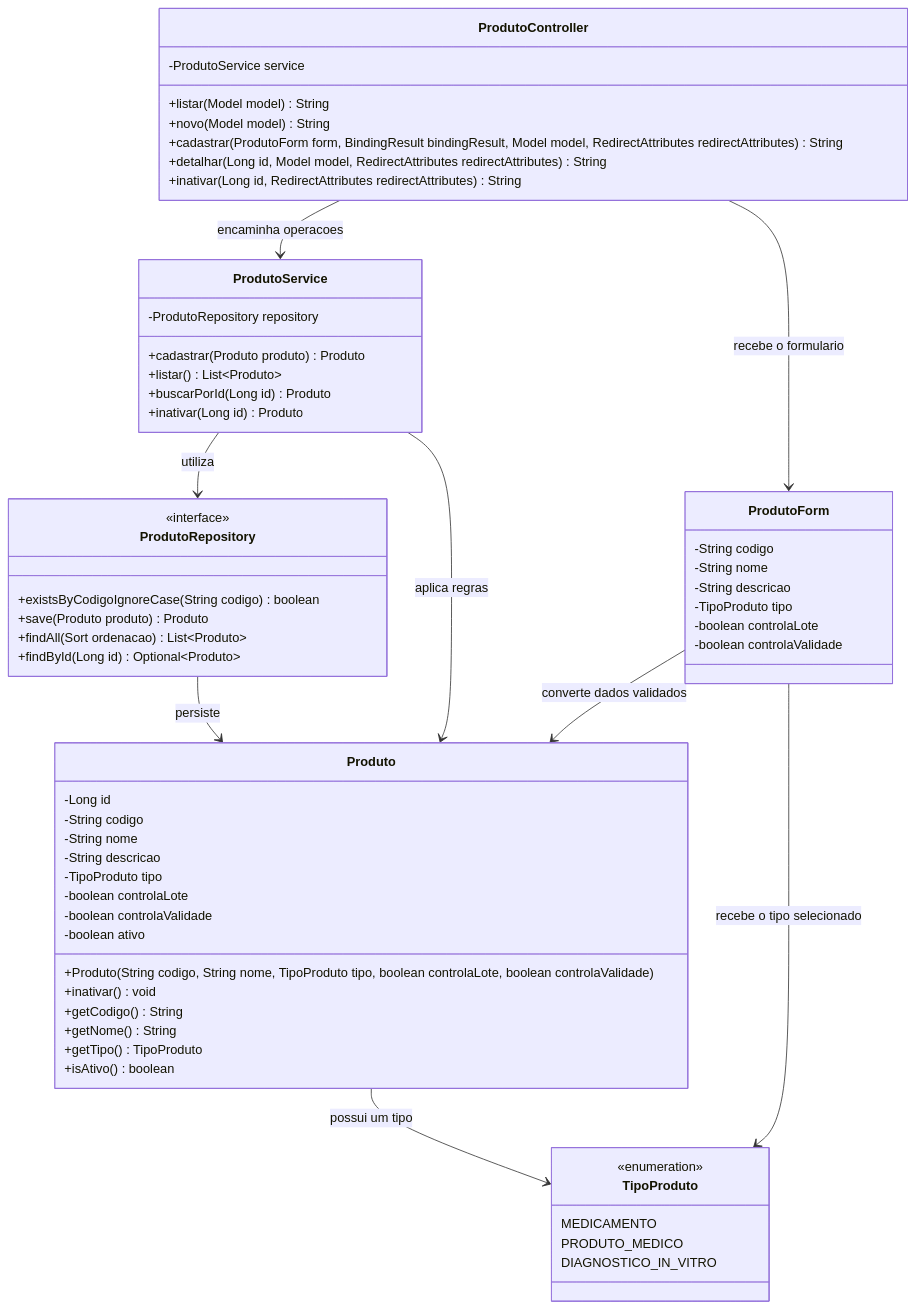
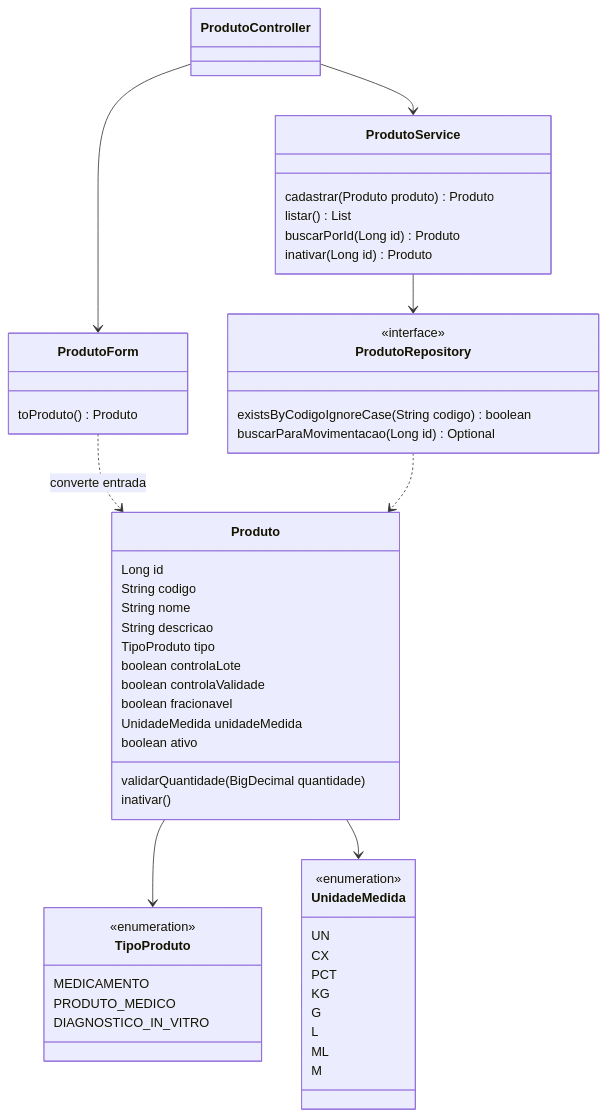
One commit to VictorBlesser/sistema-rastreabilidade changed the first of 2 diagrams in docs/requisitos/02-diagramas-produtos.md. Above: the diagram before and after it, drawn with Mermaid. The commit also changed other lines of this file and 17 other files, not shown here.

````diff
--- a/docs/requisitos/02-diagramas-produtos.md
+++ b/docs/requisitos/02-diagramas-produtos.md
@@ -34,69 +5,56 @@
 ```mermaid
 classDiagram
+    class Produto {
+        Long id
+        String codigo
+        String nome
+        String descricao
+        TipoProduto tipo
+        boolean controlaLote
+        boolean controlaValidade
+        boolean fracionavel
+        UnidadeMedida unidadeMedida
+        boolean ativo
+        validarQuantidade(BigDecimal quantidade)
+        inativar()
+    }
     class TipoProduto {
         <<enumeration>>
         MEDICAMENTO
         PRODUTO_MEDICO
         DIAGNOSTICO_IN_VITRO
     }
-
-    class Produto {
-        -Long id
-        -String codigo
-        -String nome
-        -String descricao
-        -TipoProduto tipo
-        -boolean controlaLote
-        -boolean controlaValidade
-        -boolean ativo
-        +Produto(String codigo, String nome, TipoProduto tipo, boolean controlaLote, boolean controlaValidade)
-        +inativar() void
-        +getCodigo() String
-        +getNome() String
-        +getTipo() TipoProduto
-        +isAtivo() boolean
+    class UnidadeMedida {
+        <<enumeration>>
+        UN
+        CX
+        PCT
+        KG
+        G
+        L
+        ML
+        M
     }
-
+    class ProdutoForm {
+        toProduto() Produto
+    }
+    class ProdutoController
+    class ProdutoService {
+        cadastrar(Produto produto) Produto
+        listar() List
+        buscarPorId(Long id) Produto
+        inativar(Long id) Produto
+    }
     class ProdutoRepository {
         <<interface>>
-        +existsByCodigoIgnoreCase(String codigo) boolean
-        +save(Produto produto) Produto
-        +findAll(Sort ordenacao) List~Produto~
-        +findById(Long id) Optional~Produto~
+        existsByCodigoIgnoreCase(String codigo) boolean
+        buscarParaMovimentacao(Long id) Optional
     }
-
-    class ProdutoService {
-        -ProdutoRepository repository
-        +cadastrar(Produto produto) Produto
-        +listar() List~Produto~
-        +buscarPorId(Long id) Produto
-        +inativar(Long id) Produto
-    }
-
-    class ProdutoForm {
-        -String codigo
-        -String nome
-        -String descricao
-        -TipoProduto tipo
-        -boolean controlaLote
-        -boolean controlaValidade
-    }
-
-    class ProdutoController {
-        -ProdutoService service
-        +listar(Model model) String
-        +novo(Model model) String
-        +cadastrar(ProdutoForm form, BindingResult bindingResult, Model model, RedirectAttributes redirectAttributes) String
-        +detalhar(Long id, Model model, RedirectAttributes redirectAttributes) String
-        +inativar(Long id, RedirectAttributes redirectAttributes) String
-    }
-
-    Produto --> TipoProduto : possui um tipo
-    ProdutoRepository --> Produto : persiste
-    ProdutoService --> ProdutoRepository : utiliza
-    ProdutoService --> Produto : aplica regras
-    ProdutoForm --> TipoProduto : recebe o tipo selecionado
-    ProdutoForm --> Produto : converte dados validados
-    ProdutoController --> ProdutoService : encaminha operacoes
-    ProdutoController --> ProdutoForm : recebe o formulario
+    Produto --> TipoProduto
+    Produto --> UnidadeMedida
+    ProdutoController --> ProdutoForm
+    ProdutoController --> ProdutoService
+    ProdutoForm ..> Produto : converte entrada
+    ProdutoService --> ProdutoRepository
+    ProdutoRepository ..> Produto
 ```
````
